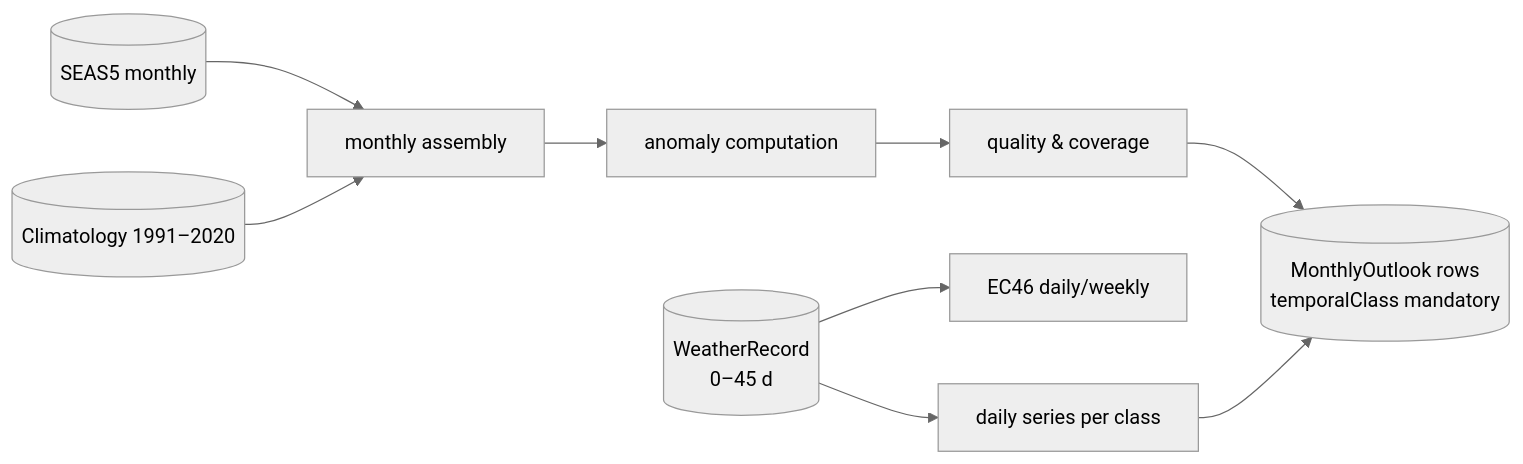
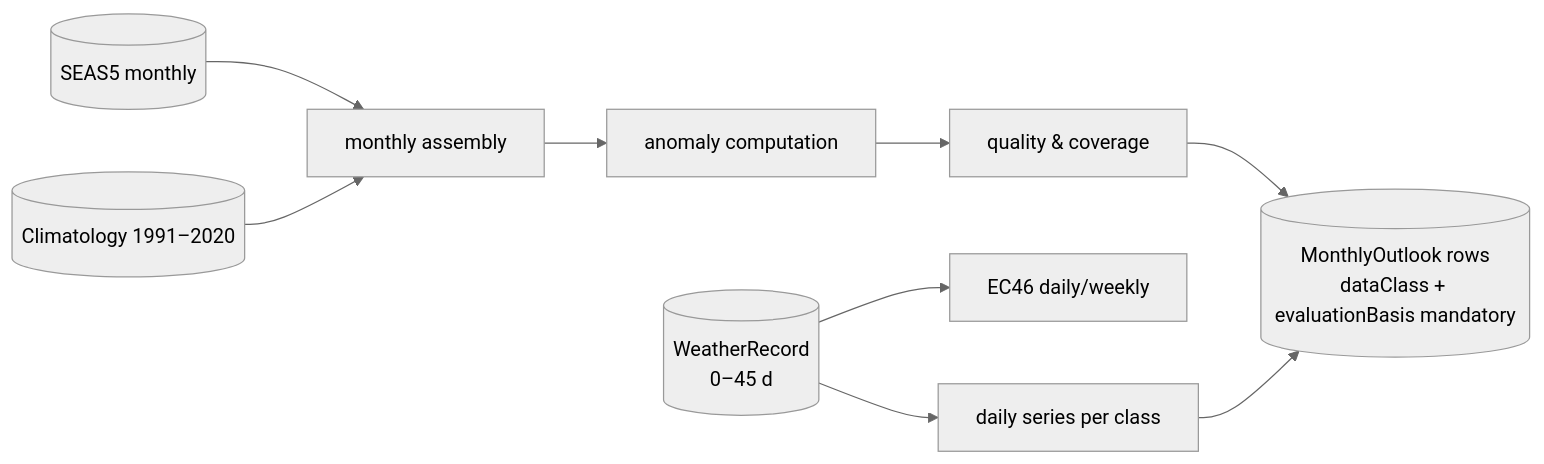
One commit to Akihira77/AgroclimatePlanner changed the second of 3 diagrams in docs/architecture/data-flow.md. Above: the diagram before and after it, drawn with Mermaid (neutral theme). The commit also changed other lines of this file and 11 other files, not shown here.

First line of the commit message:
docs(phase-1): architecture and evidence contract

````diff
--- a/docs/architecture/data-flow.md
+++ b/docs/architecture/data-flow.md
@@ -50,11 +50,11 @@
 ```mermaid
 flowchart LR
   WR[("WeatherRecord<br/>0–45 d")] --> DA[daily series per class]
   WR --> EC46[EC46 daily/weekly]
   OM2[("SEAS5 monthly")] --> MO[monthly assembly]
   CL[("Climatology 1991–2020")] --> MO
   MO --> AN[anomaly computation]
   AN --> Q[quality & coverage]
-  Q --> OUT[("MonthlyOutlook rows<br/>temporalClass mandatory")]
+  Q --> OUT[("MonthlyOutlook rows<br/>dataClass + evaluationBasis mandatory")]
   DA --> OUT
 ```
````
